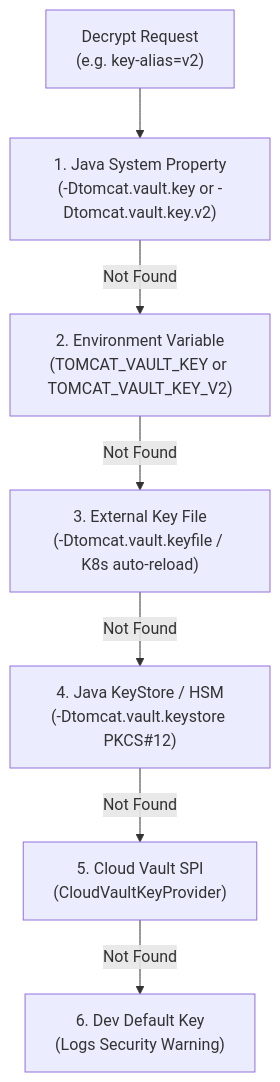
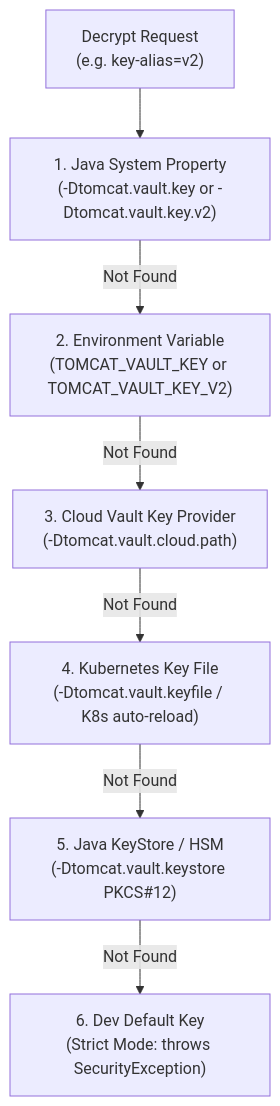
The second of 2 diagrams in README.md (ervivekumrao/Tomcat-Vault), drawn with Mermaid before and after one commit. The commit also changed other lines of this file and 62 other files, not shown here.

````diff
--- a/README.md
+++ b/README.md
@@ -341,9 +409,9 @@
 ```mermaid
 flowchart TD
     Req["Decrypt Request<br/>(e.g. key-alias=v2)"] --> P1["1. Java System Property<br/>(-Dtomcat.vault.key or -Dtomcat.vault.key.v2)"]
     P1 -->|Not Found| P2["2. Environment Variable<br/>(TOMCAT_VAULT_KEY or TOMCAT_VAULT_KEY_V2)"]
-    P2 -->|Not Found| P3["3. External Key File<br/>(-Dtomcat.vault.keyfile / K8s auto-reload)"]
-    P3 -->|Not Found| P4["4. Java KeyStore / HSM<br/>(-Dtomcat.vault.keystore PKCS#12)"]
-    P4 -->|Not Found| P5["5. Cloud Vault SPI<br/>(CloudVaultKeyProvider)"]
-    P5 -->|Not Found| Dev["6. Dev Default Key<br/>(Logs Security Warning)"]
+    P2 -->|Not Found| P3["3. Cloud Vault Key Provider<br/>(-Dtomcat.vault.cloud.path)"]
+    P3 -->|Not Found| P4["4. Kubernetes Key File<br/>(-Dtomcat.vault.keyfile / K8s auto-reload)"]
+    P4 -->|Not Found| P5["5. Java KeyStore / HSM<br/>(-Dtomcat.vault.keystore PKCS#12)"]
+    P5 -->|Not Found| Dev["6. Dev Default Key<br/>(Strict Mode: throws SecurityException)"]
 ```
````
